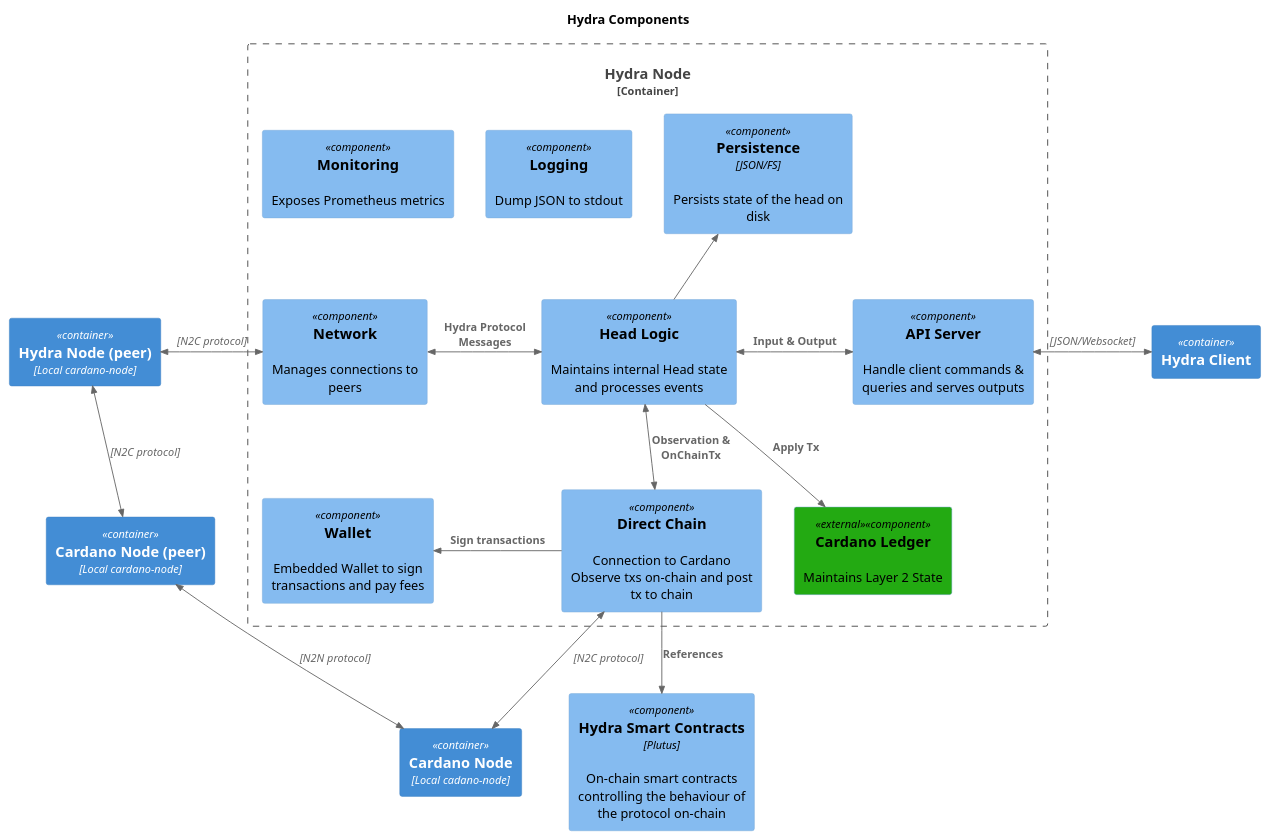
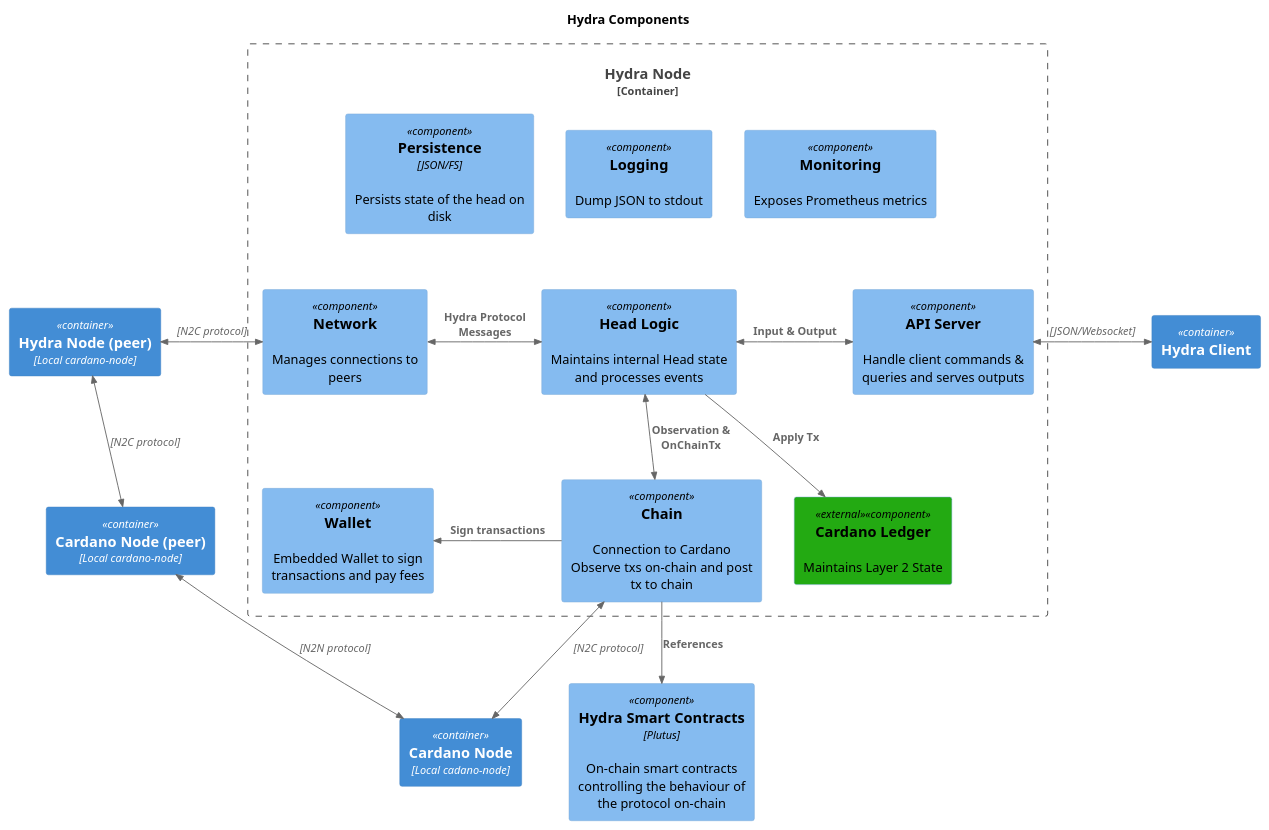
One commit to cardano-scaling/website changed the diagram in core-concepts/architecture/architecture-c4.puml. Above: the diagram before and after it, drawn with PlantUML. The commit also changed 2 other files, not shown here.

Commit message:
Use more generic components in architecture diagram

```diff
--- a/core-concepts/architecture/architecture-c4.puml
+++ b/core-concepts/architecture/architecture-c4.puml
@@ -1,40 +1,42 @@
 @startuml hydra-components.png
 title "Hydra Components"
 !include https://raw.githubusercontent.com/plantuml-stdlib/C4-PlantUML/master/C4_Component.puml
 
 AddElementTag("external", $bgColor="#23aa12")
 
 Container_Boundary(hydra_node, "Hydra Node") {
    Component(persistence, "Persistence", "JSON/FS", "Persists state of the head on disk", $link="https://github.com/input-output-hk/hydra/blob/master/hydra-node/src/Hydra/Persistence.hs")
    Component(head_logic, "Head Logic", "", "Maintains internal Head state and processes events", $link="https://github.com/input-output-hk/hydra/blob/master/hydra-node/src/Hydra/HeadLogic.hs")
    Component(api_server, "API Server", "", "Handle client commands & queries and serves outputs", $link="https://github.com/input-output-hk/hydra/blob/master/hydra-node/src/Hydra/API/Server.hs")
-   Component(chain, "Direct Chain", "", "Connection to Cardano\nObserve txs on-chain and post tx to chain", $link="https://github.com/input-output-hk/hydra/blob/master/hydra-node/src/Hydra/Chain/Direct.hs")
+   Component(chain, "Chain", "", "Connection to Cardano\nObserve txs on-chain and post tx to chain", $link="https://github.com/input-output-hk/hydra/blob/master/hydra-node/src/Hydra/Chain.hs")
    Component(wallet, "Wallet", "", "Embedded Wallet to sign transactions and pay fees", $link="https://github.com/input-output-hk/hydra/blob/master/hydra-node/src/Hydra/Chain/Direct/Wallet.hs")
-   Component(network, "Network", "", "Manages connections to peers", $link="https://github.com/input-output-hk/hydra/blob/master/hydra-node/src/Hydra/Network/Ouroboros.hs")
+   Component(network, "Network", "", "Manages connections to peers", $link="https://github.com/input-output-hk/hydra/blob/master/hydra-node/src/Hydra/Network.hs")
    Component(logging, "Logging", "", "Dump JSON to stdout", $link="https://github.com/input-output-hk/hydra/blob/master/hydra-node/src/Hydra/Logging.hs")
    Component(monitoring, "Monitoring", "", "Exposes Prometheus metrics", $link="https://github.com/input-output-hk/hydra/blob/master/hydra-node/src/Hydra/Logging/Monitoring.hs")
    Component(ledger, "Cardano Ledger", "", "Maintains Layer 2 State", $tags="external")
 
+   Lay_U(head_logic, persistence)
+   Lay_U(head_logic, logging)
+   Lay_U(head_logic, monitoring)
    BiRel_L(head_logic, network, "Hydra Protocol Messages", "")
    BiRel_R(head_logic, api_server, "Input & Output", "")
-   Rel_U(head_logic, persistence, "")
    BiRel_D(head_logic, chain, "Observation & OnChainTx", "")
    Rel_D(head_logic, ledger, "Apply Tx")
 
    Rel_L(chain, wallet, "Sign transactions", "")
 }
 
 Container(hydra_node_peer, "Hydra Node (peer)", "Local cardano-node")
 Container(cardano_node, "Cardano Node", "Local cadano-node")
 Container(cardano_node_peer, "Cardano Node (peer)", "Local cardano-node")
 Container(hydra_client, "Hydra Client", "")
 Component(smart_contracts, "Hydra Smart Contracts", "Plutus", "On-chain smart contracts controlling the behaviour of the protocol on-chain", $link="https://github.com/input-output-hk/hydra/tree/master/hydra-plutus")
 Rel(chain, smart_contracts, "References", "")
 BiRel_D(chain, cardano_node, "", "N2C protocol")
 BiRel_L(cardano_node, cardano_node_peer, "", "N2N protocol")
 BiRel(hydra_node_peer, cardano_node_peer, "", "N2C protocol")
 BiRel_L(network, hydra_node_peer, "", "N2C protocol")
 BiRel_R(api_server, hydra_client, "", "JSON/Websocket")
 
 
 @enduml
```
